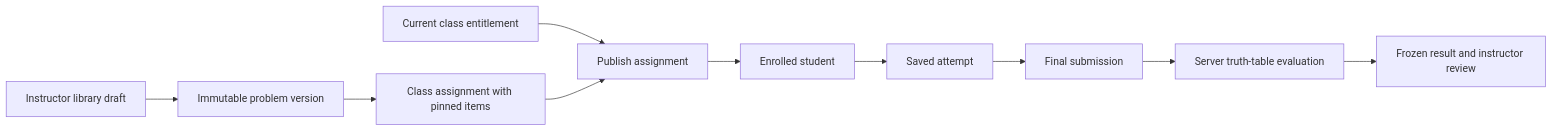
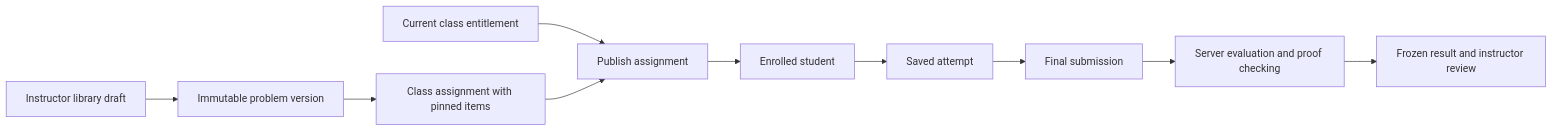
One commit to pshephardiii/logiclab changed the first of 2 diagrams in docs/architecture/overview.md. Above: the diagram before and after it, drawn with Mermaid. The commit also changed other lines of this file and 14 other files, not shown here.

````diff
--- a/docs/architecture/overview.md
+++ b/docs/architecture/overview.md
@@ -23,12 +23,12 @@
 ```mermaid
 flowchart LR
   Instructor[Instructor library draft] --> Version[Immutable problem version]
   Version --> Assignment[Class assignment with pinned items]
   Coverage[Current class entitlement] --> Publish[Publish assignment]
   Assignment --> Publish
   Publish --> Student[Enrolled student]
   Student --> Draft[Saved attempt]
   Draft --> Submit[Final submission]
-  Submit --> Grade[Server truth-table evaluation]
+  Submit --> Grade[Server evaluation and proof checking]
   Grade --> Review[Frozen result and instructor review]
 ```
````
